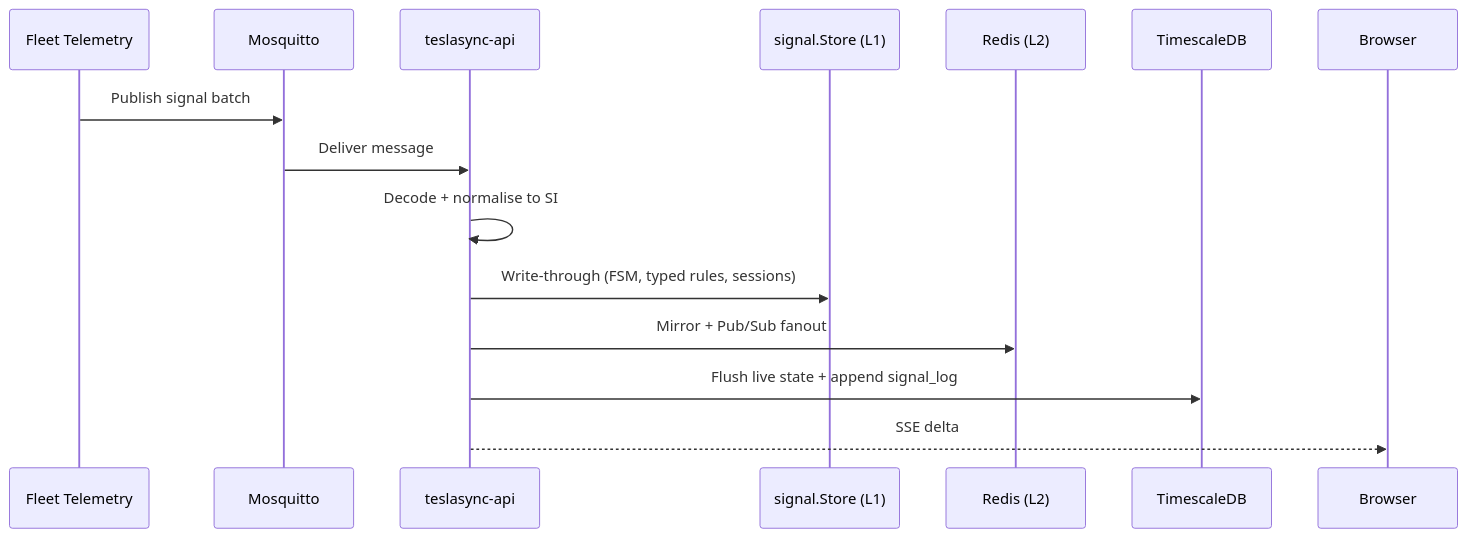
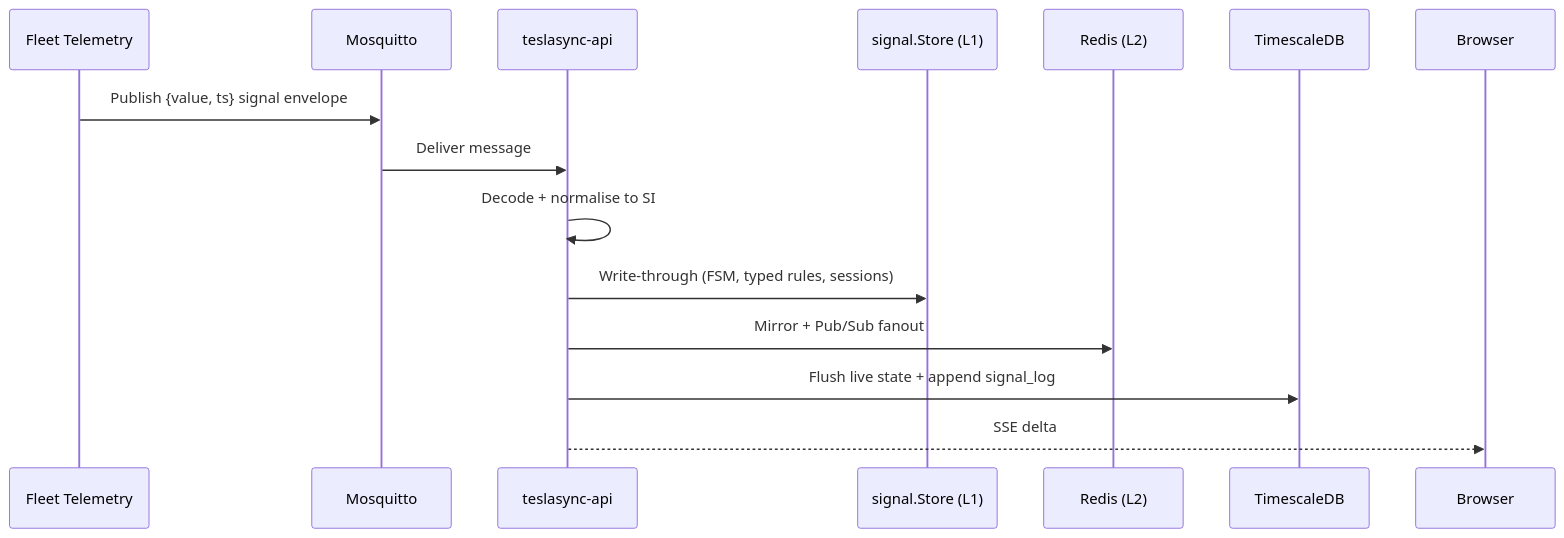
One commit to ev-dev-labs/teslasync changed the second of 2 diagrams in docs/guide/fleet-telemetry.md. Above: the diagram before and after it, drawn with Mermaid. The commit also changed other lines of this file and 2422 other files, not shown here.

````diff
--- a/docs/guide/fleet-telemetry.md
+++ b/docs/guide/fleet-telemetry.md
@@ -37,18 +37,18 @@
 ```mermaid
 sequenceDiagram
     participant FT as Fleet Telemetry
     participant MQTT as Mosquitto
     participant API as teslasync-api
     participant L1 as signal.Store (L1)
     participant L2 as Redis (L2)
     participant DB as TimescaleDB
     participant UI as Browser
 
-    FT->>MQTT: Publish signal batch
+    FT->>MQTT: Publish {value, ts} signal envelope
     MQTT->>API: Deliver message
     API->>API: Decode + normalise to SI
     API->>L1: Write-through (FSM, typed rules, sessions)
     API->>L2: Mirror + Pub/Sub fanout
     API->>DB: Flush live state + append signal_log
     API-->>UI: SSE delta
 ```
````
